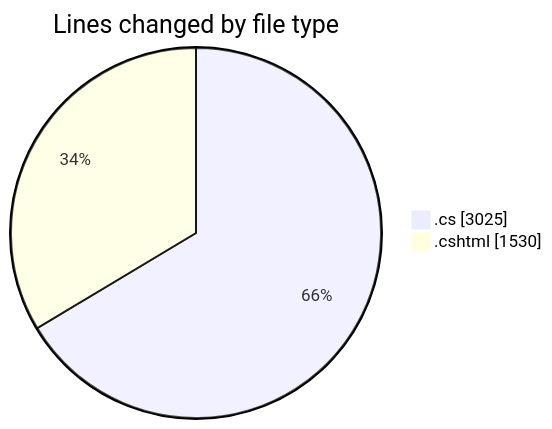
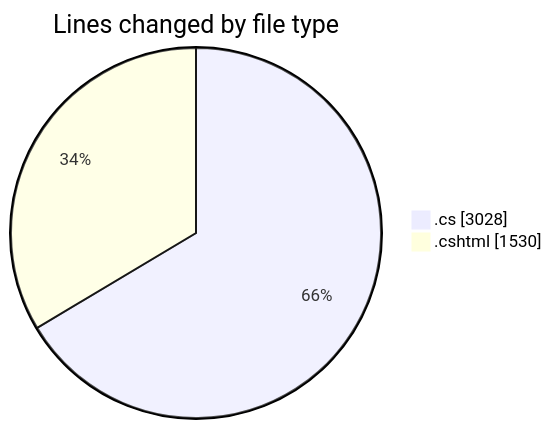
The first of 2 diagrams in 2025-07-28/quanlyrapchieuphim-1/README.md (lephambinh05/code-tracking), drawn with Mermaid before and after one commit. The commit also changed other lines of this file and 1 other file, not shown here.

````diff
--- a/2025-07-28/quanlyrapchieuphim-1/README.md
+++ b/2025-07-28/quanlyrapchieuphim-1/README.md
@@ -29,6 +29,6 @@
 ```mermaid
 pie showData
 title Lines changed by file type
-".cs" : 3025
+".cs" : 3028
 ".cshtml" : 1530
 ```
````
